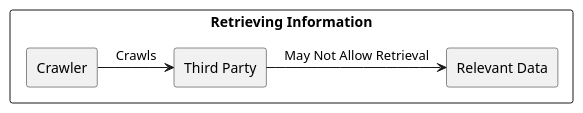
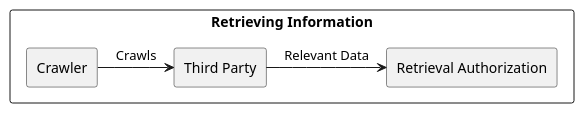
Before and after one commit to USI-MSDE-SA-2022/software-architecture-model-tommi27: the ninth of 12 diagrams in src/sa/model/index.md, drawn with PlantUML. The commit also changed other lines of this file and 6 other files, not shown here.

````diff
--- a/src/sa/model/index.md
+++ b/src/sa/model/index.md
@@ -475,20 +475,20 @@
 ```puml
 @startuml
 
 skinparam componentStyle rectangle
 skinparam monochrome true
 skinparam shadowing false
 
 rectangle "Retrieving Information" {
 
 rectangle "Crawler" as Source
-rectangle "Relevant Data" as Measure
+rectangle "Retrieval Authorization" as Measure
 
 Source -> [Third Party] : "Crawls"
 
-[Third Party] -> [Measure] : "May Not Allow Retrieval"
+[Third Party] -> [Measure] : "Relevant Data"
 
 }
 
 @enduml
 ```
````
